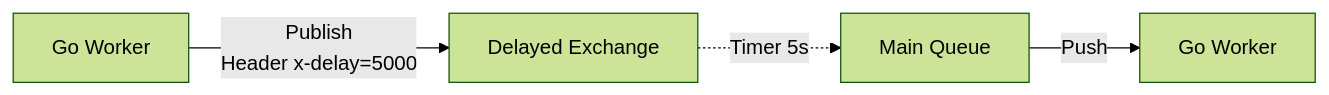
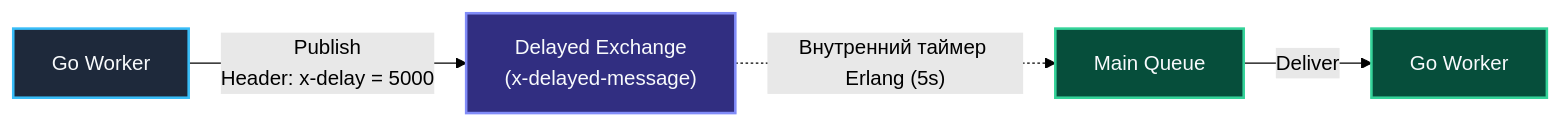
One commit to UnrealTemplier/go-textbook changed the second of 2 diagrams in sources/13. Очереди, брокеры сообщений и оркестраторы/02. RabbitMQ/8. Retry patterns в RabbitMQ.md. Above: the diagram before and after it, drawn with Mermaid (forest theme). The commit also changed other lines of this file, not shown here.

````diff
--- a/sources/13. Очереди, брокеры сообщений и оркестраторы/02. RabbitMQ/8. Retry patterns в RabbitMQ.md
+++ b/sources/13. Очереди, брокеры сообщений и оркестраторы/02. RabbitMQ/8. Retry patterns в RabbitMQ.md
@@ -68,6 +114,14 @@
 ```mermaid
 graph LR
-    P["Go Worker"] -->|"Publish<br>Header x-delay=5000"| DEx["Delayed Exchange"]
-    DEx -.->|Timer 5s| Q["Main Queue"]
-    Q -->|Push| C["Go Worker"]
+    P["Go Worker"] -->|"Publish<br>Header: x-delay = 5000"| DEx["Delayed Exchange<br>(x-delayed-message)"]
+    DEx -.->|"Внутренний таймер Erlang (5s)"| Q["Main Queue"]
+    Q -->|"Deliver"| C["Go Worker"]
+
+    classDef pub fill:#1e293b,stroke:#38bdf8,stroke-width:2px,color:#f8fafc;
+    classDef dex fill:#312e81,stroke:#818cf8,stroke-width:2px,color:#f8fafc;
+    classDef q fill:#064e3b,stroke:#34d399,stroke-width:2px,color:#f8fafc;
+
+    class P pub;
+    class DEx dex;
+    class Q,C q;
 ```
````
